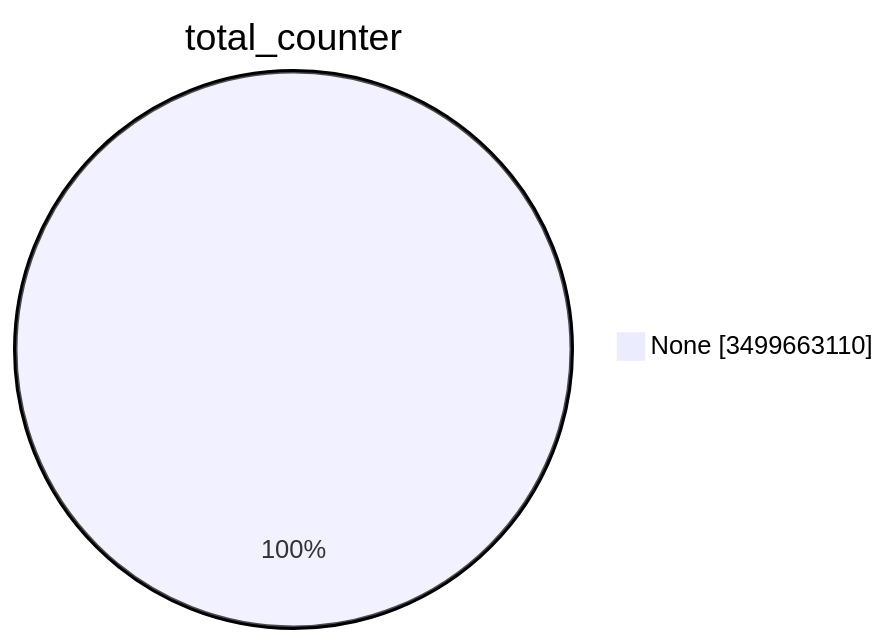
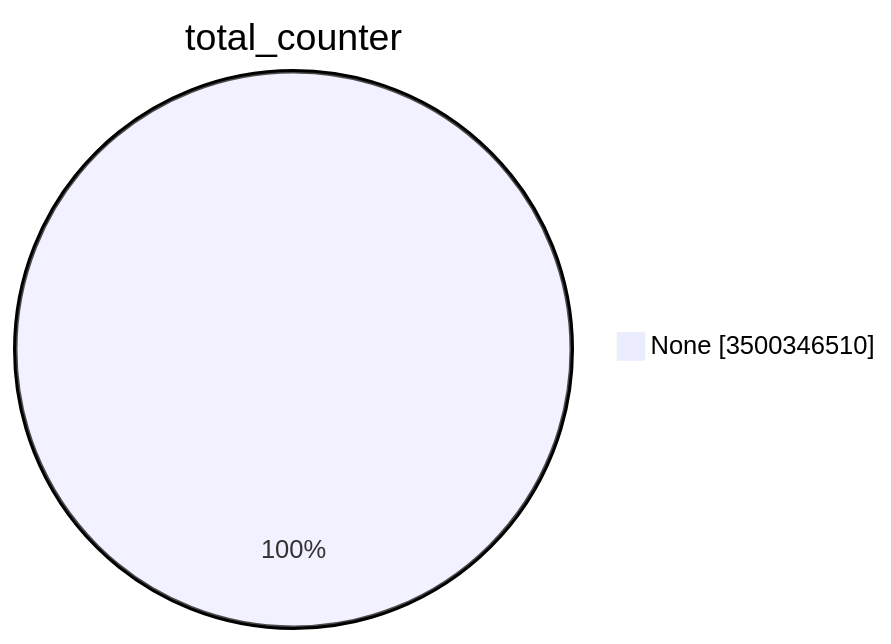
One commit to christiankrug/ctmonitor_visualization changed the first of 15 diagrams in TOTAL/README.md. Above: the diagram before and after it, drawn with Mermaid. The commit also changed other lines of this file, not shown here.

````diff
--- a/TOTAL/README.md
+++ b/TOTAL/README.md
@@ -1,5 +1,5 @@
 ```mermaid
 pie showData
 title total_counter
-"None" :3499663110
+"None" :3500346510
 ```
````
